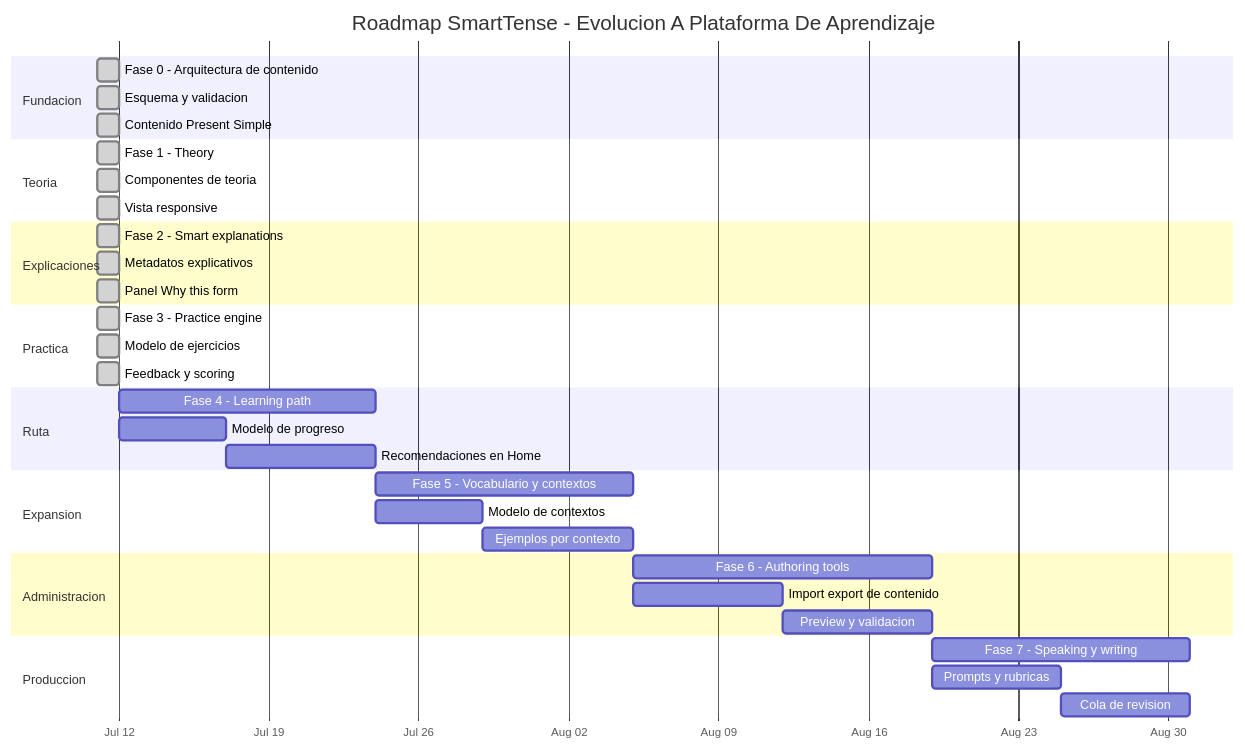
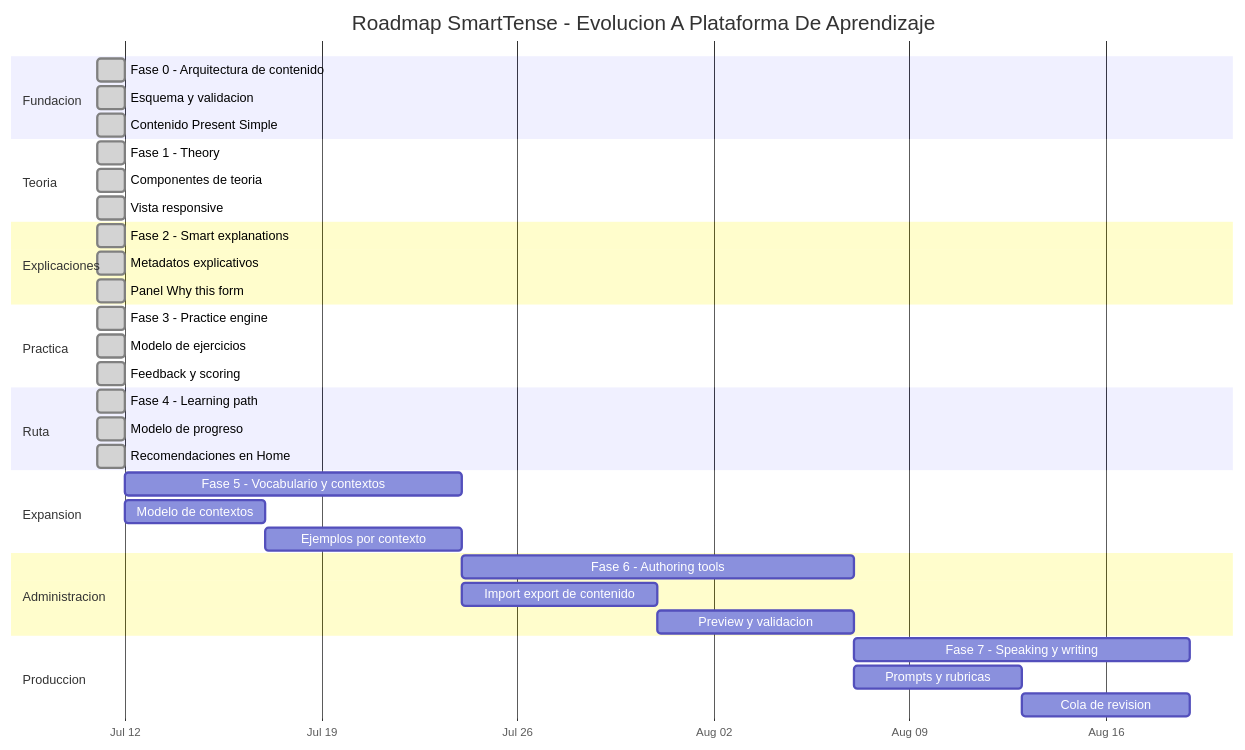
The diagram in docs/PROJECT_PHASE_ROADMAP.md (dafermen/SmartTense), drawn with Mermaid before and after one commit. The commit also changed other lines of this file and 11 other files, not shown here.

Commit message:
Add local learning path progress

````diff
--- a/docs/PROJECT_PHASE_ROADMAP.md
+++ b/docs/PROJECT_PHASE_ROADMAP.md
@@ -224,46 +228,46 @@
 ```mermaid
 gantt
     title Roadmap SmartTense - Evolucion A Plataforma De Aprendizaje
     dateFormat  YYYY-MM-DD
     axisFormat  %b %d
 
     section Fundacion
     Fase 0 - Arquitectura de contenido      :done, p0, 2026-07-11, 1d
     Esquema y validacion                    :done, p0a, 2026-07-11, 1d
     Contenido Present Simple                :done, p0b, 2026-07-11, 1d
 
     section Teoria
     Fase 1 - Theory                         :done, p1, 2026-07-11, 1d
     Componentes de teoria                   :done, p1a, 2026-07-11, 1d
     Vista responsive                        :done, p1b, 2026-07-11, 1d
 
     section Explicaciones
     Fase 2 - Smart explanations             :done, p2, 2026-07-11, 1d
     Metadatos explicativos                  :done, p2a, 2026-07-11, 1d
     Panel Why this form                     :done, p2b, 2026-07-11, 1d
 
     section Practica
     Fase 3 - Practice engine                :done, p3, 2026-07-11, 1d
     Modelo de ejercicios                    :done, p3a, 2026-07-11, 1d
     Feedback y scoring                      :done, p3b, 2026-07-11, 1d
 
     section Ruta
-    Fase 4 - Learning path                  :p4, 2026-07-12, 12d
-    Modelo de progreso                      :p4a, 2026-07-12, 5d
-    Recomendaciones en Home                 :p4b, after p4a, 7d
+    Fase 4 - Learning path                  :done, p4, 2026-07-11, 1d
+    Modelo de progreso                      :done, p4a, 2026-07-11, 1d
+    Recomendaciones en Home                 :done, p4b, 2026-07-11, 1d
 
     section Expansion
-    Fase 5 - Vocabulario y contextos        :p5, after p4, 12d
-    Modelo de contextos                     :p5a, after p4, 5d
+    Fase 5 - Vocabulario y contextos        :p5, 2026-07-12, 12d
+    Modelo de contextos                     :p5a, 2026-07-12, 5d
     Ejemplos por contexto                   :p5b, after p5a, 7d
 
     section Administracion
     Fase 6 - Authoring tools                :p6, after p5, 14d
     Import export de contenido              :p6a, after p5, 7d
     Preview y validacion                    :p6b, after p6a, 7d
 
     section Produccion
     Fase 7 - Speaking y writing             :p7, after p6, 12d
     Prompts y rubricas                      :p7a, after p6, 6d
     Cola de revision                        :p7b, after p7a, 6d
 ```
````
